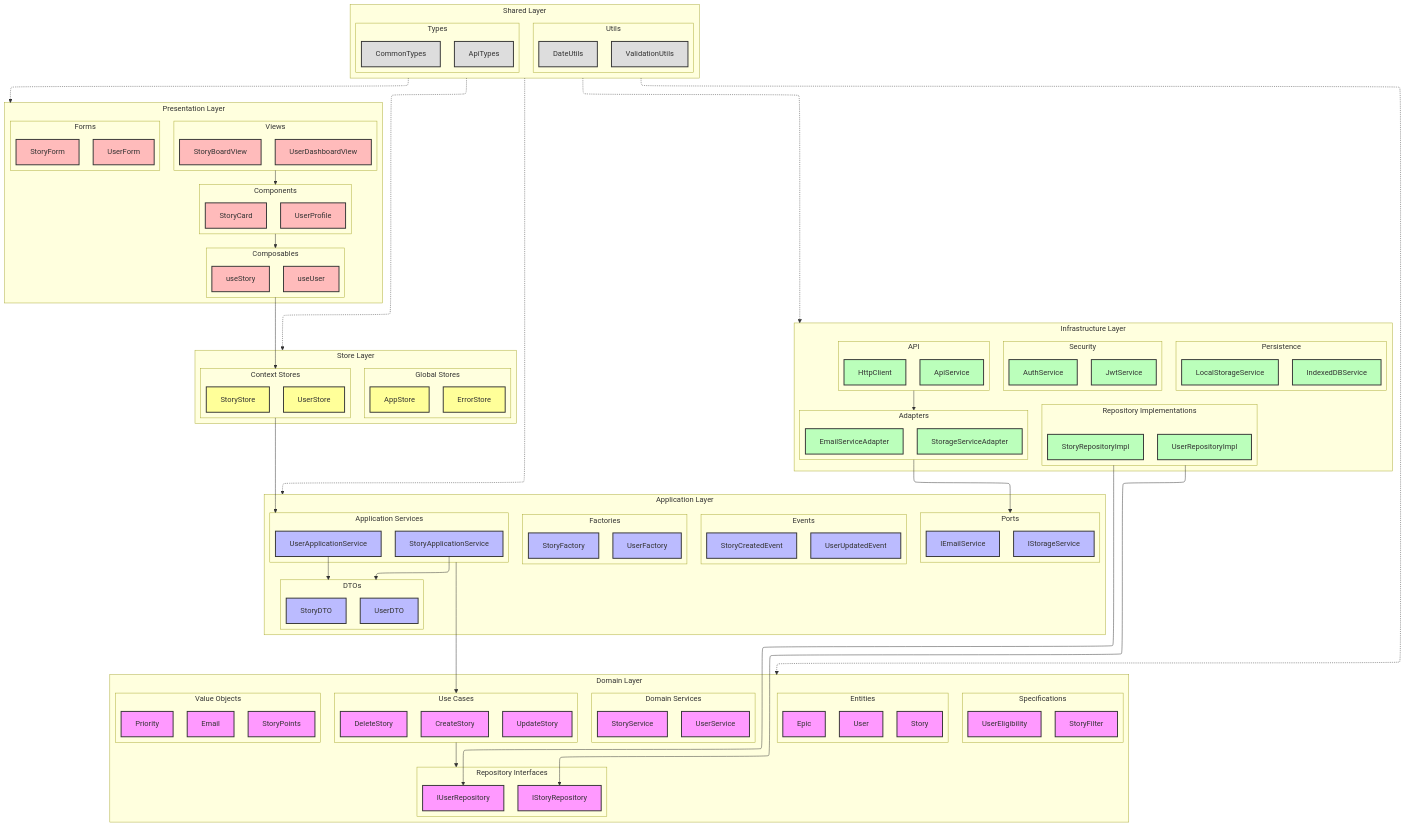
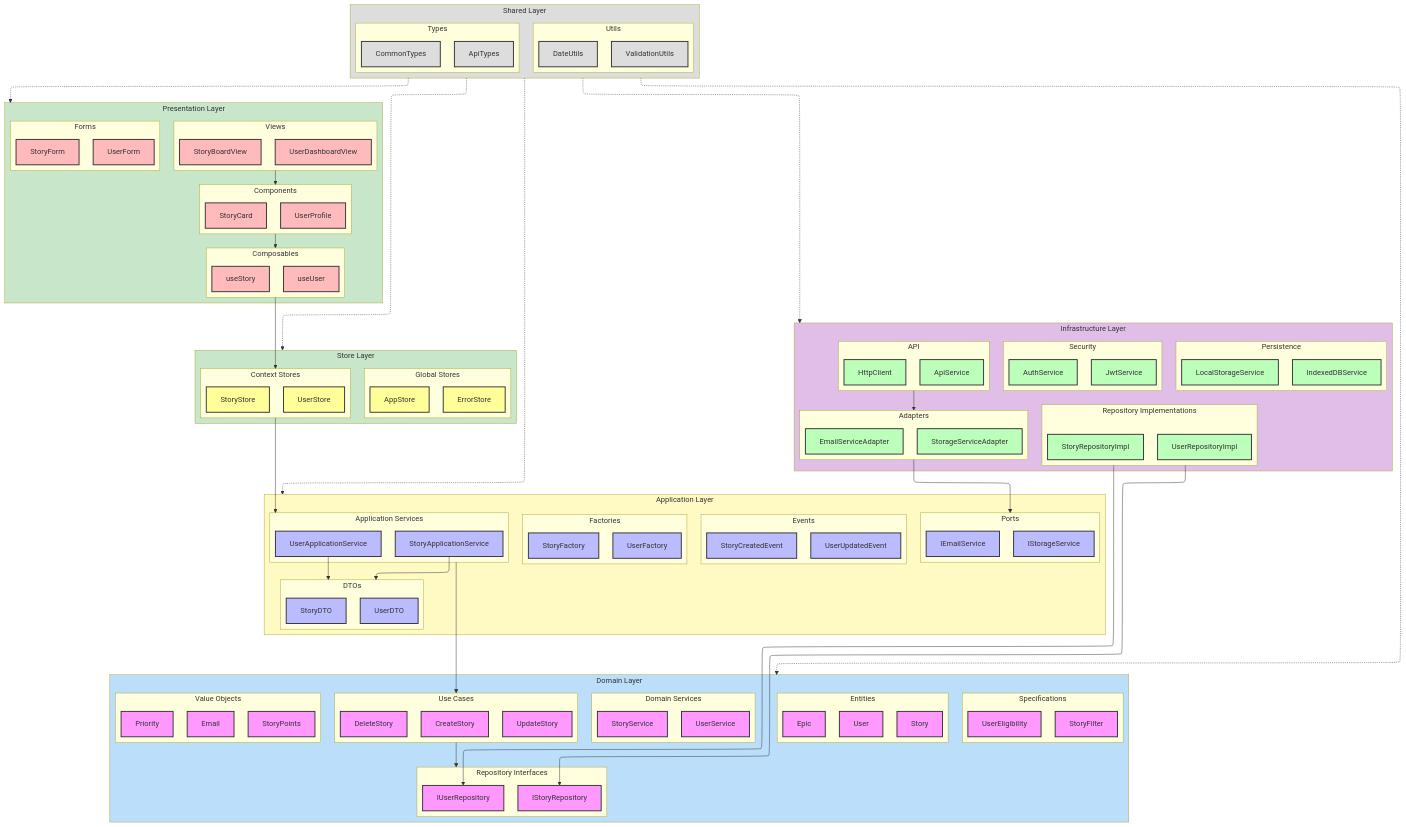
One commit to giak/user-story-mapping-clean changed the third of 3 diagrams in docs/clean-architecture/01-introduction/01-overview.md. Above: the diagram before and after it, drawn with Mermaid. The commit also changed other lines of this file and 18 other files, not shown here.

```diff
--- a/docs/clean-architecture/01-introduction/01-overview.md
+++ b/docs/clean-architecture/01-introduction/01-overview.md
@@ -369,6 +323,12 @@
     classDef presentation fill:#fbb,stroke:#333,stroke-width:2px
     classDef shared fill:#ddd,stroke:#333,stroke-width:2px
     classDef store fill:#ff9,stroke:#333,stroke-width:2px
+    style SharedLayer fill:#ddd
+    style DomainLayer fill:#BBDEFB
+    style ApplicationLayer fill:#FFF9C4
+    style InfrastructureLayer fill:#E1BEE7
+    style PresentationLayer fill:#C8E6C9
+    style StoreLayer fill:#C8E6C9
 
     %% Domain Layer
     subgraph DomainLayer["Domain Layer"]
```
